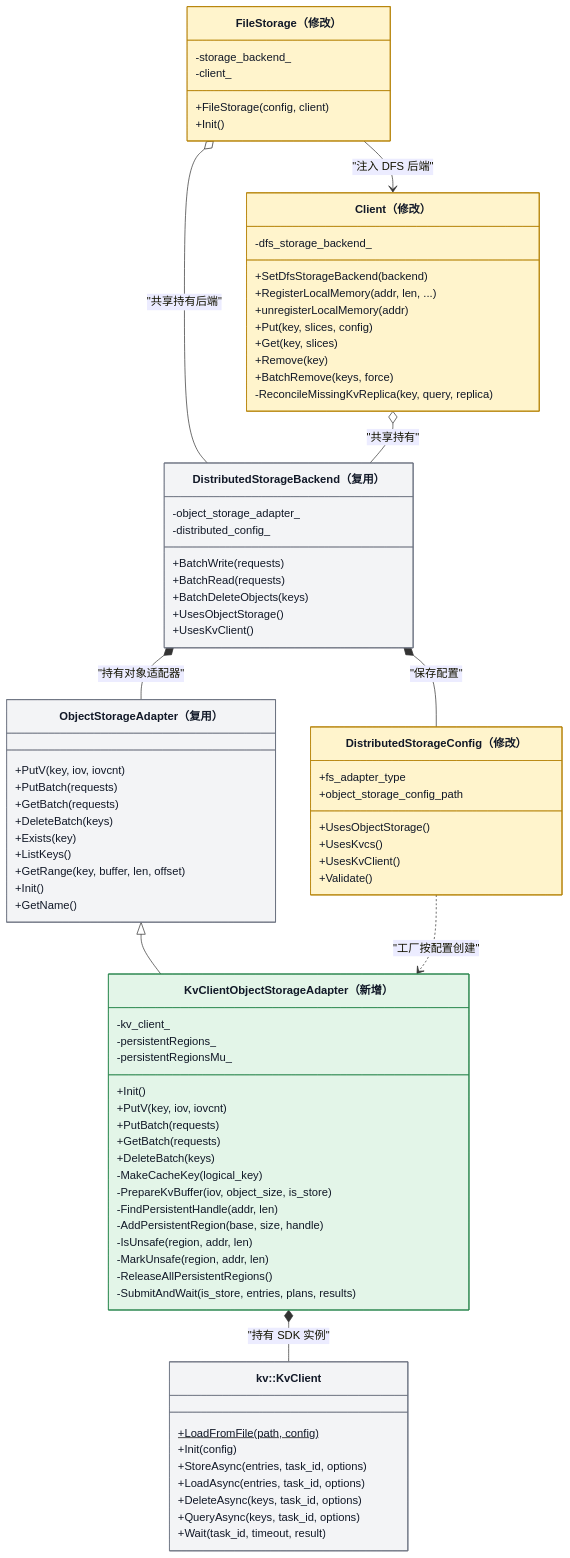
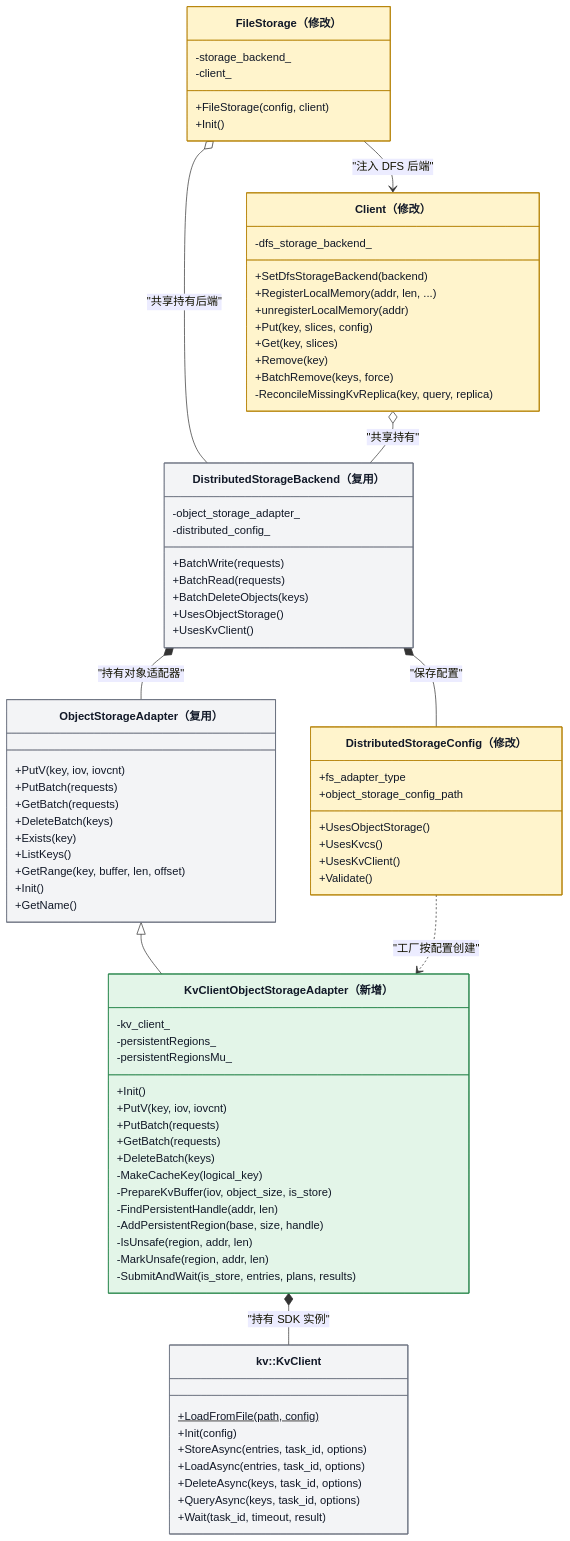
The second of 13 diagrams in Mooncake + KVClient L3 接入（Kvcs）- v3.md (zwj20000328-dotcom/Mooncake-documents), drawn with Mermaid before and after one commit. The commit also changed other lines of this file, not shown here.

```diff
--- a/Mooncake + KVClient L3 接入（Kvcs）- v3.md
+++ b/Mooncake + KVClient L3 接入（Kvcs）- v3.md
@@ -190,7 +190,6 @@
         -AddPersistentRegion(base, size, handle)
         -IsUnsafe(region, addr, len)
         -MarkUnsafe(region, addr, len)
-        -ReleaseAllPersistentRegions()
         -SubmitAndWait(is_store, entries, plans, results)
     }
 
```
